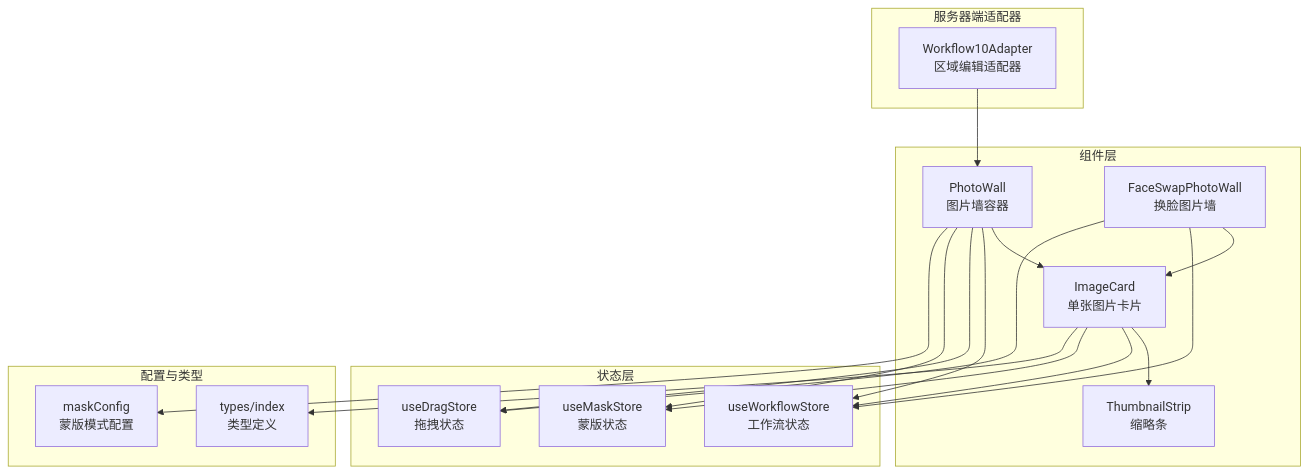
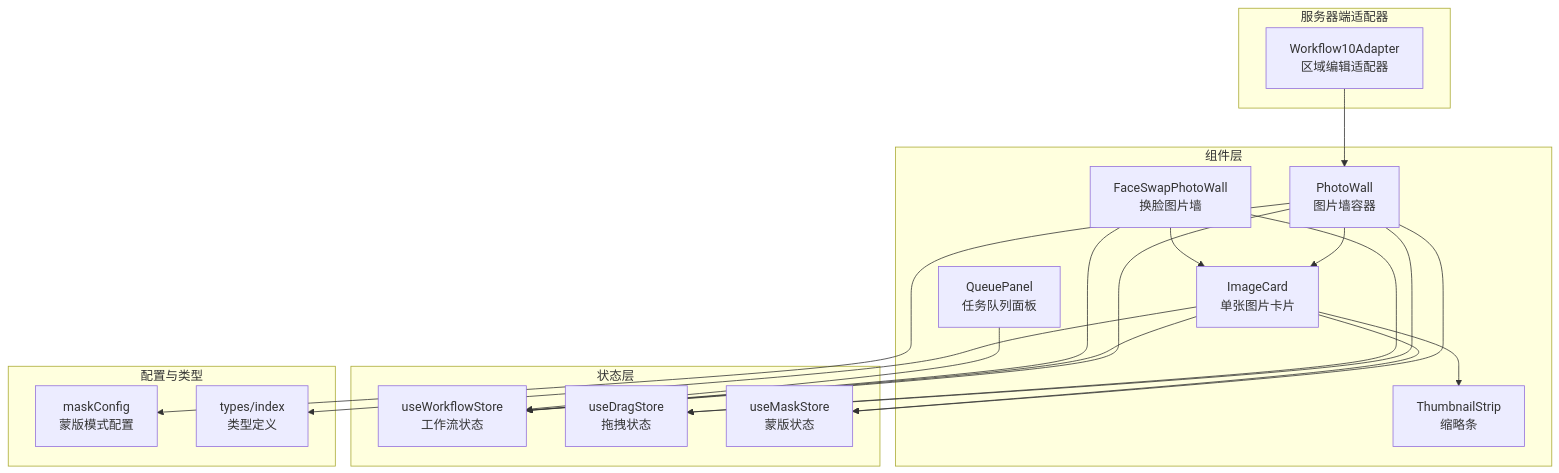
Before and after one commit to billye220670/CorineKit_Pix2Real: the first of 11 diagrams in .qoder/repowiki/zh/content/用户界面组件/核心界面组件/图片墙组件 (PhotoWall).md, drawn with Mermaid. The commit also changed other lines of this file and 10 other files, not shown here.

Commit message:
feat: LoRA触发词右键上下文菜单与未使用检测 - 新增PromptContextMenu多层级右键菜单组件 - 移除侧边栏LoRA触发词文本显示，改为未使用时黄色警告图标 - 提示词输入框右键弹出菜单，支持插入LoRA触发词和标签分类数据 - Text2ImgSidebar和ZITSidebar同步更新

````diff
--- a/.qoder/repowiki/zh/content/用户界面组件/核心界面组件/图片墙组件 (PhotoWall).md
+++ b/.qoder/repowiki/zh/content/用户界面组件/核心界面组件/图片墙组件 (PhotoWall).md
@@ -45,34 +47,36 @@
 ```mermaid
 graph TB
 subgraph "组件层"
 PW["PhotoWall<br/>图片墙容器"]
 IC["ImageCard<br/>单张图片卡片"]
 TS["ThumbnailStrip<br/>缩略条"]
 FSPW["FaceSwapPhotoWall<br/>换脸图片墙"]
+QP["QueuePanel<br/>任务队列面板"]
 end
 subgraph "状态层"
 WFS["useWorkflowStore<br/>工作流状态"]
 DS["useDragStore<br/>拖拽状态"]
 MS["useMaskStore<br/>蒙版状态"]
 end
 subgraph "配置与类型"
 MC["maskConfig<br/>蒙版模式配置"]
 T["types/index<br/>类型定义"]
 end
 subgraph "服务器端适配器"
 WA["Workflow10Adapter<br/>区域编辑适配器"]
 end
 PW --> IC
 IC --> TS
 PW --> WFS
 PW --> DS
 PW --> MS
 PW --> MC
 IC --> WFS
 IC --> MS
 IC --> T
 FSPW --> IC
 FSPW --> WFS
 FSPW --> DS
+QP --> WFS
 WA --> PW
 ```
````
